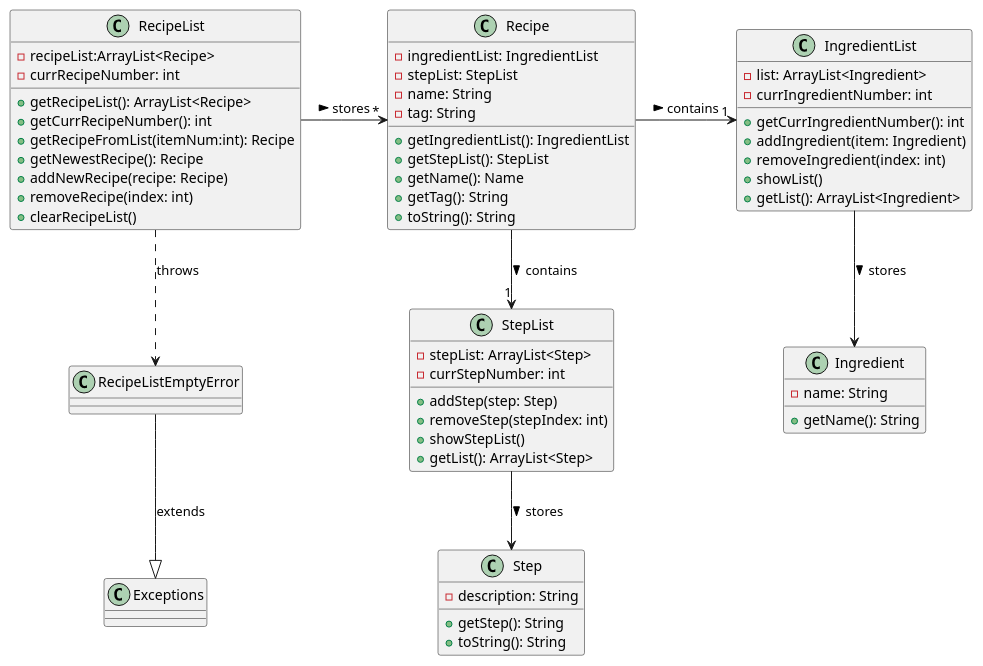
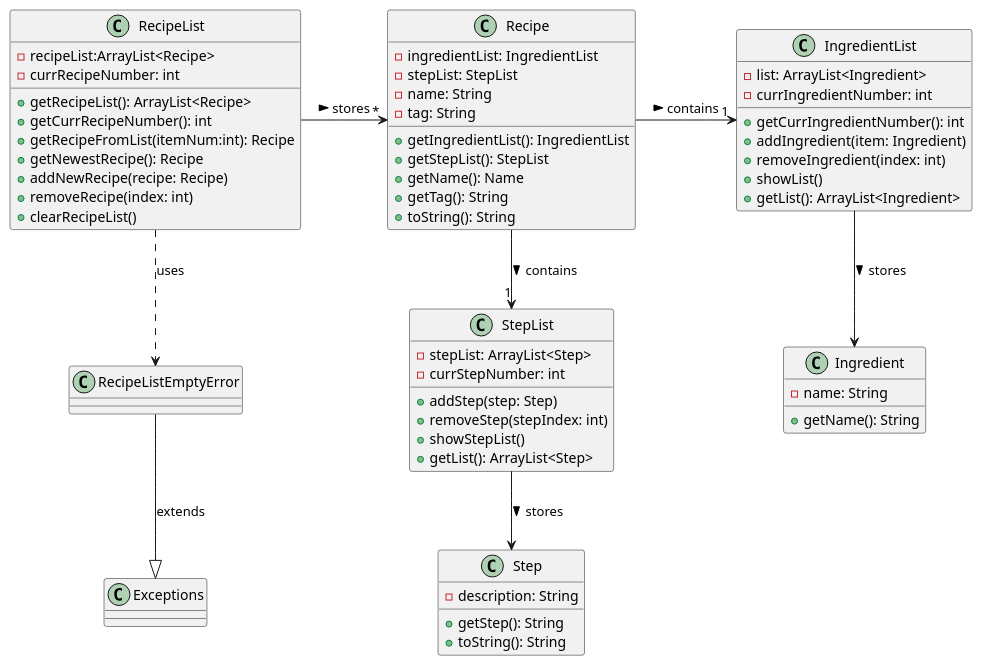
One commit to nus-cs2113-AY2223S2/tp changed the diagram in docs/PlantUML/RecipeListComponent.puml. Above: the diagram before and after it, drawn with PlantUML.

Commit message:
changed "throws" to "uses" in recipelist.uml

```diff
--- a/docs/PlantUML/RecipeListComponent.puml
+++ b/docs/PlantUML/RecipeListComponent.puml
@@ -1,68 +1,68 @@
 @startuml
 'https://plantuml.com/sequence-diagram
 
 class RecipeList {
     - recipeList:ArrayList<Recipe>
     - currRecipeNumber: int
     + getRecipeList(): ArrayList<Recipe>
     + getCurrRecipeNumber(): int
     + getRecipeFromList(itemNum:int): Recipe
     + getNewestRecipe(): Recipe
     + addNewRecipe(recipe: Recipe)
     + removeRecipe(index: int)
     + clearRecipeList()
 }
 class Recipe {
     - ingredientList: IngredientList
     - stepList: StepList
     - name: String
     - tag: String
     + getIngredientList(): IngredientList
     + getStepList(): StepList
     + getName(): Name
     + getTag(): String
     + toString(): String
 }
 
 class IngredientList {
     - list: ArrayList<Ingredient>
     - currIngredientNumber: int
     + getCurrIngredientNumber(): int
     + addIngredient(item: Ingredient)
     + removeIngredient(index: int)
     + showList()
     + getList(): ArrayList<Ingredient>
 }
 
 class Ingredient {
     - name: String
     + getName(): String
 
 }
 
 class StepList {
     - stepList: ArrayList<Step>
     - currStepNumber: int
     + addStep(step: Step)
     + removeStep(stepIndex: int)
     + showStepList()
     + getList(): ArrayList<Step>
 }
 
 class Step {
     - description: String
     + getStep(): String
     + toString(): String
 }
 class RecipeListEmptyError {
 }
 class Exceptions {
 }
 RecipeList -> "*" Recipe : stores >
 Recipe -> "1" IngredientList : contains >
 Recipe --> "1" StepList : contains >
 IngredientList --> Ingredient : stores >
 StepList --> Step : stores >
-RecipeList ..> RecipeListEmptyError : throws
+RecipeList ..> RecipeListEmptyError : uses
 RecipeListEmptyError --|> Exceptions : extends
 @enduml
```
